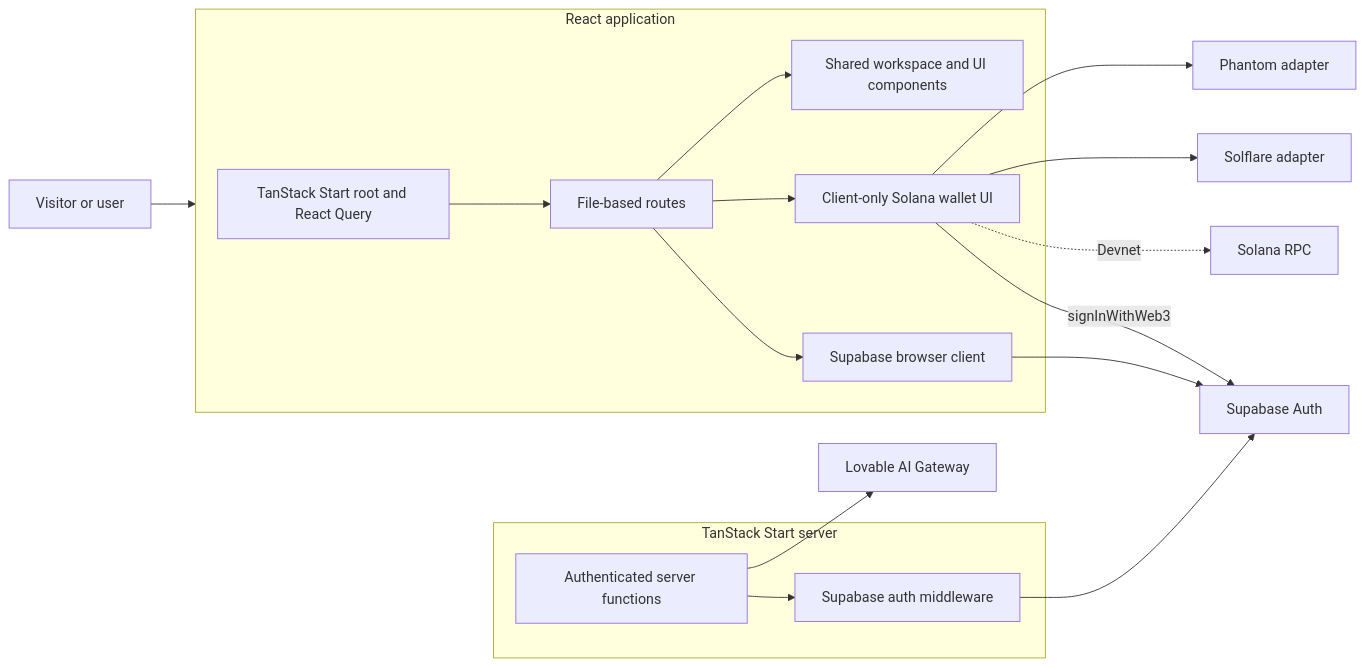
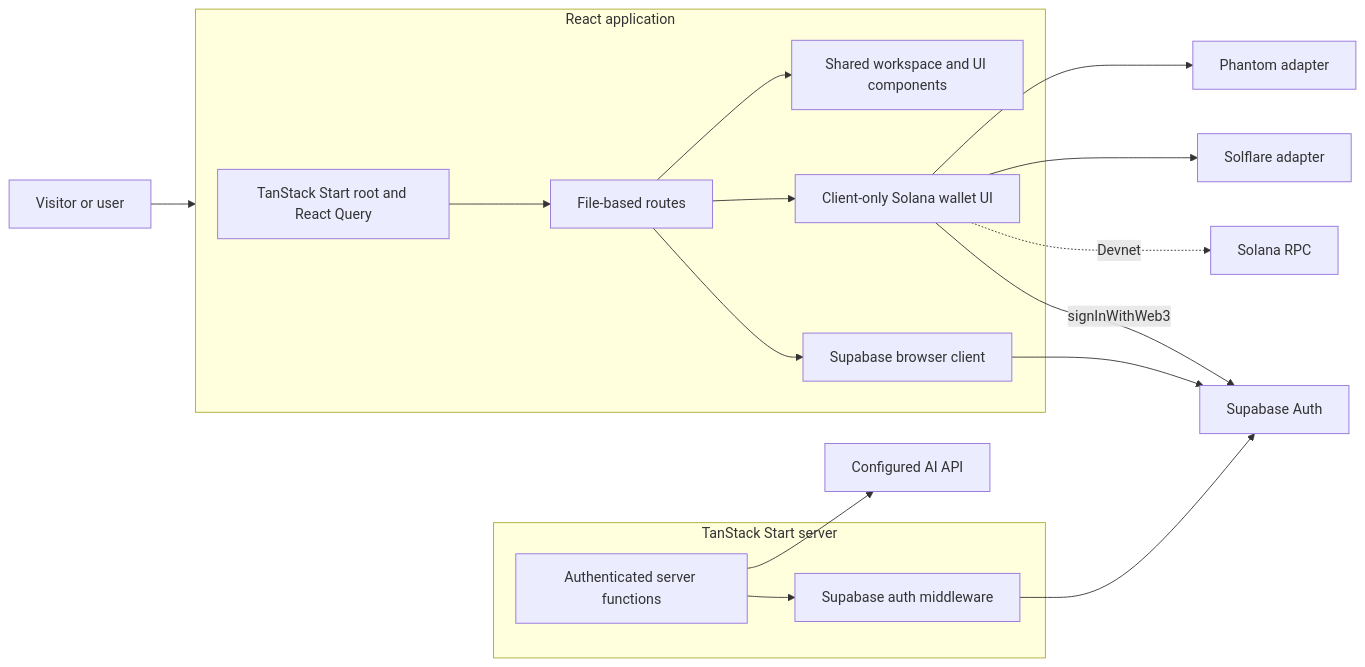
Before and after one commit to mooncreditfi/mooncreditfi-main: the first of 4 diagrams in frontend/README.md, drawn with Mermaid. The commit also changed other lines of this file and 25 other files, not shown here.

````diff
--- a/frontend/README.md
+++ b/frontend/README.md
@@ -9,30 +9,30 @@
 ```mermaid
 flowchart LR
   Visitor[Visitor or user] --> Browser
 
   subgraph Browser[React application]
     Root[TanStack Start root and React Query]
     Routes[File-based routes]
     UI[Shared workspace and UI components]
     Wallet[Client-only Solana wallet UI]
     SupabaseClient[Supabase browser client]
     Root --> Routes
     Routes --> UI
     Routes --> Wallet
     Routes --> SupabaseClient
   end
 
   Wallet --> Phantom[Phantom adapter]
   Wallet --> Solflare[Solflare adapter]
   Wallet -. Devnet .-> Solana[Solana RPC]
   Wallet -->|signInWithWeb3| Supabase[Supabase Auth]
 
   subgraph Server[TanStack Start server]
     ServerFns[Authenticated server functions]
     AuthMiddleware[Supabase auth middleware]
     ServerFns --> AuthMiddleware
   end
   SupabaseClient --> Supabase
   AuthMiddleware --> Supabase
-  ServerFns --> Gateway[Lovable AI Gateway]
+  ServerFns --> Gateway[Configured AI API]
 ```
````
